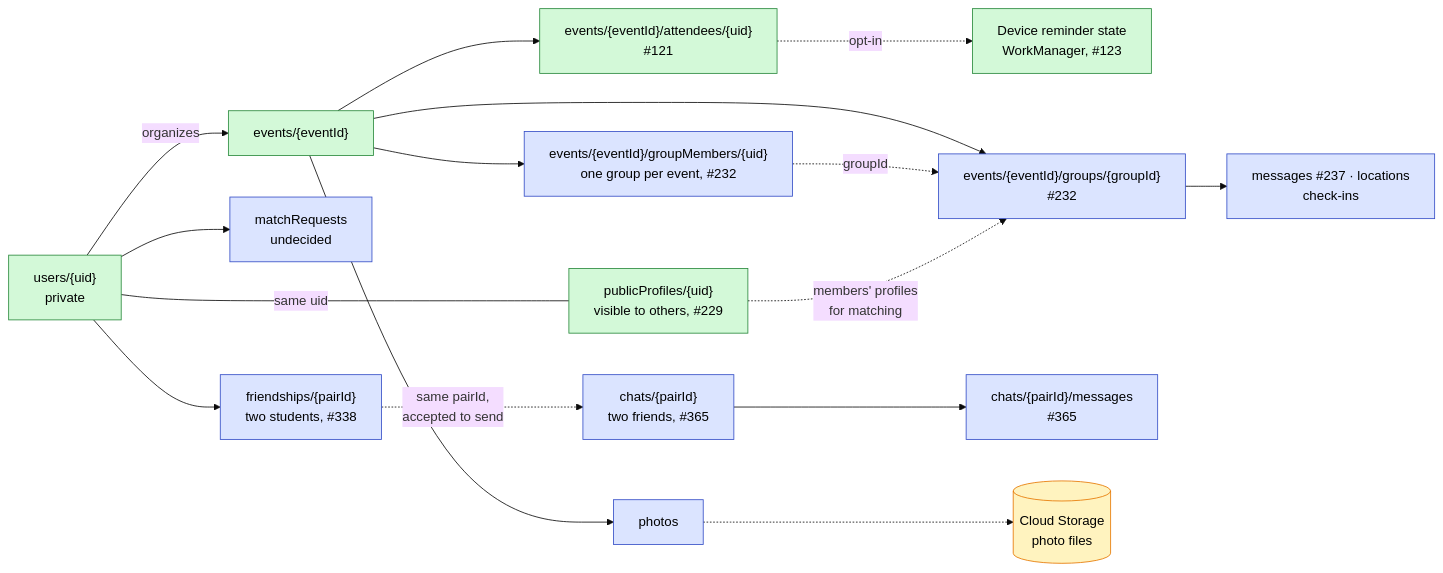
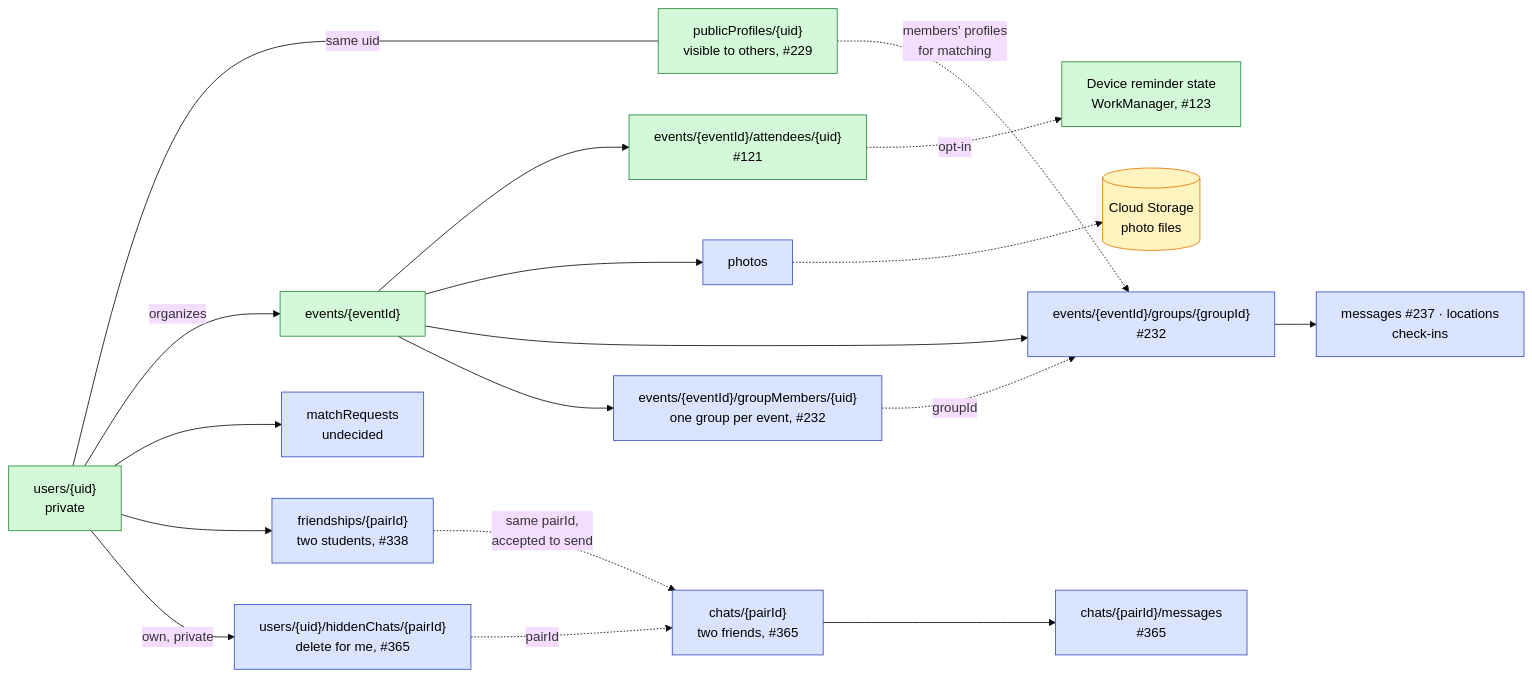
Before and after one commit to swent-polysocial/PolySocial: diagram 14 of 14 in docs/Architecture-Diagram.md, drawn with Mermaid (base theme). The commit also changed other lines of this file, not shown here.

First line of the commit message:
docs: design unsend and delete for me

````diff
--- a/docs/Architecture-Diagram.md
+++ b/docs/Architecture-Diagram.md
@@ -611,37 +628,40 @@
 ```mermaid
 flowchart LR
   classDef s1 fill:#d3f9d8,stroke:#2b8a3e,color:#000
   classDef pb fill:#dbe4ff,stroke:#364fc7,color:#000
   classDef ext fill:#fff3bf,stroke:#e67700,color:#000
 
   users["users/{uid}<br/>private"]:::s1
   pub["publicProfiles/{uid}<br/>visible to others, #229"]:::s1
   events["events/{eventId}"]:::s1
   reg["events/{eventId}/attendees/{uid}<br/>#121"]:::s1
   reminders["Device reminder state<br/>WorkManager, #123"]:::s1
   photos["photos"]:::pb
   groups["events/{eventId}/groups/{groupId}<br/>#232"]:::pb
   marker["events/{eventId}/groupMembers/{uid}<br/>one group per event, #232"]:::pb
   sub["messages #237 · locations<br/>check-ins"]:::pb
   mreq["matchRequests<br/>undecided"]:::pb
   friends["friendships/{pairId}<br/>two students, #338"]:::pb
   direct["chats/{pairId}<br/>two friends, #365"]:::pb
   directMsgs["chats/{pairId}/messages<br/>#365"]:::pb
+  hidden["users/{uid}/hiddenChats/{pairId}<br/>delete for me, #365"]:::pb
   storage[("Cloud Storage<br/>photo files")]:::ext
 
   users --- |"same uid"| pub
   users -->|"organizes"| events
   events --> reg
   reg -. opt-in .-> reminders
   events --> photos
   photos -.-> storage
   events --> groups
   events --> marker
   marker -. "groupId" .-> groups
   groups --> sub
   pub -. "members' profiles<br/>for matching" .-> groups
   users --> mreq
   users --> friends
   friends -. "same pairId,<br/>accepted to send" .-> direct
   direct --> directMsgs
+  users --> |"own, private"| hidden
+  hidden -. "pairId" .-> direct
 ```
````
